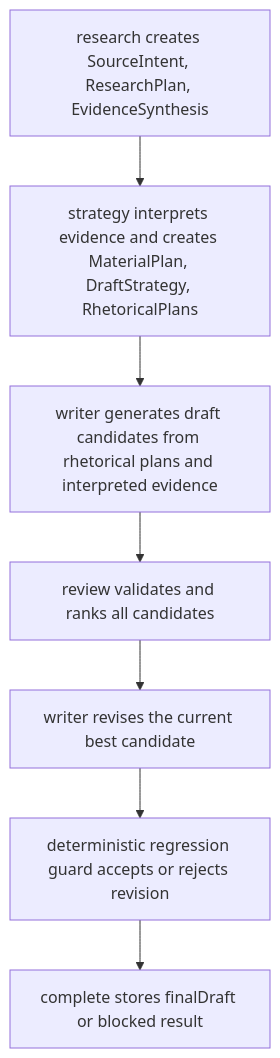
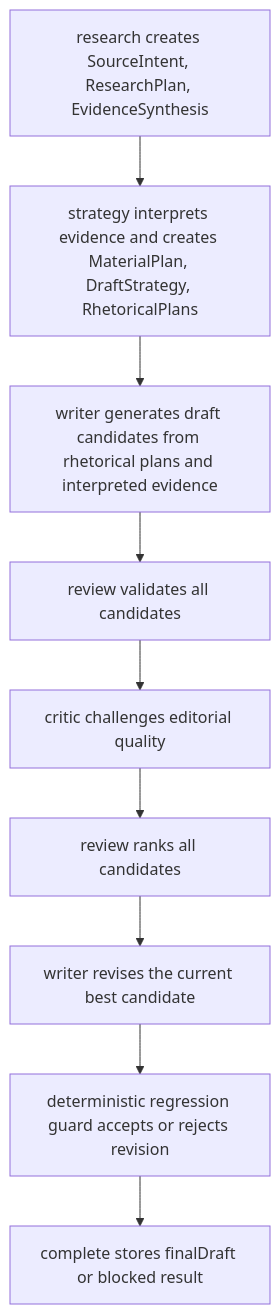
The third of 4 diagrams in docs/architecture/DRAFT_RUN_PIPELINE_AS_IS.md (mudrezzz/glavred), drawn with Mermaid before and after one commit. The commit also changed other lines of this file and 20 other files, not shown here.

Commit message:
Add editorial critic report to draft validation

````diff
--- a/docs/architecture/DRAFT_RUN_PIPELINE_AS_IS.md
+++ b/docs/architecture/DRAFT_RUN_PIPELINE_AS_IS.md
@@ -580,9 +589,11 @@
 ```mermaid
 flowchart TD
   A[research creates SourceIntent, ResearchPlan, EvidenceSynthesis] --> B[strategy interprets evidence and creates MaterialPlan, DraftStrategy, RhetoricalPlans]
   B --> C[writer generates draft candidates from rhetorical plans and interpreted evidence]
-  C --> D[review validates and ranks all candidates]
-  D --> E[writer revises the current best candidate]
-  E --> F[deterministic regression guard accepts or rejects revision]
-  F --> G[complete stores finalDraft or blocked result]
+  C --> D[review validates all candidates]
+  D --> E[critic challenges editorial quality]
+  E --> F[review ranks all candidates]
+  F --> G[writer revises the current best candidate]
+  G --> H[deterministic regression guard accepts or rejects revision]
+  H --> I[complete stores finalDraft or blocked result]
 ```
````
